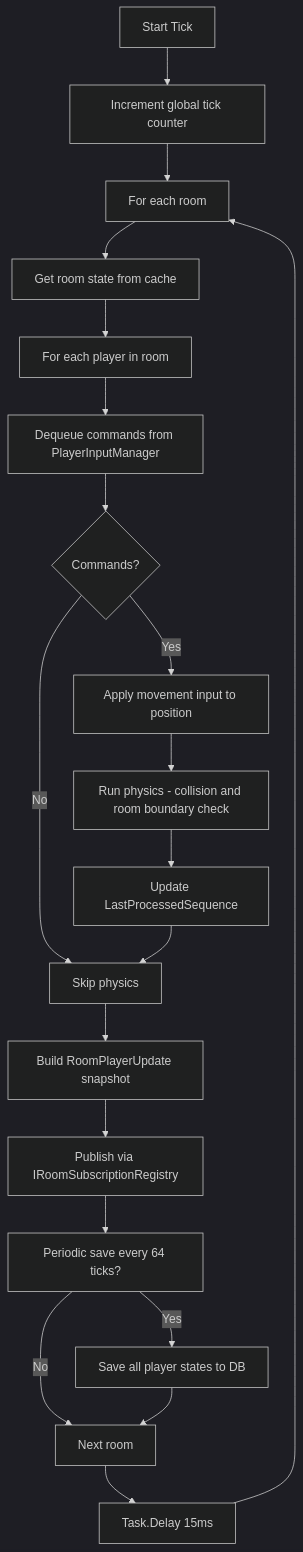
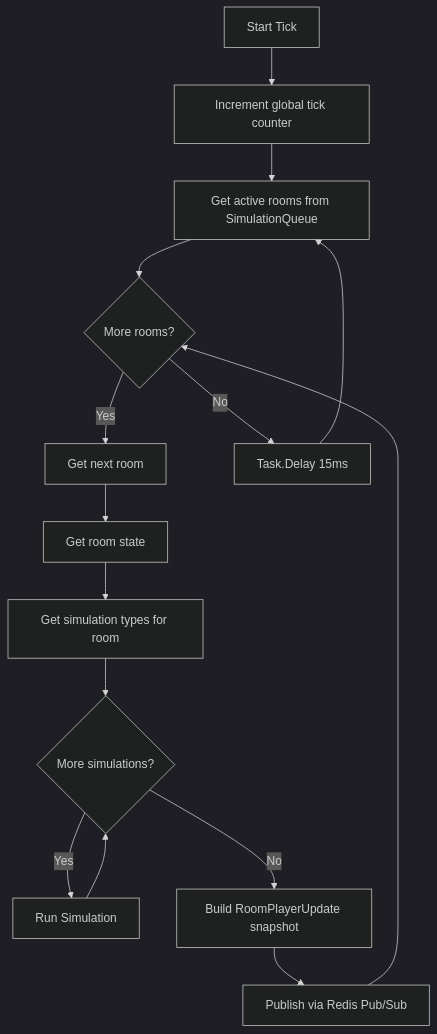
Before and after one commit to mattlau1/DungeonGame: the third of 3 diagrams in DungeonServer/docs/tick-system-architecture.md, drawn with Mermaid (dark theme). The commit also changed other lines of this file, not shown here.

````diff
--- a/DungeonServer/docs/tick-system-architecture.md
+++ b/DungeonServer/docs/tick-system-architecture.md
@@ -92,22 +105,17 @@
 ```mermaid
 flowchart TD
     A[Start Tick] --> B[Increment global tick counter]
-    B --> C[For each room]
-    C --> D[Get room state from cache]
-    D --> E[For each player in room]
-    E --> F[Dequeue commands from PlayerInputManager]
-    F --> G{Commands?}
-    G -->|Yes| H[Apply movement input to position]
-    G -->|No| I[Skip physics]
-    H --> J[Run physics - collision and room boundary check]
-    J --> K[Update LastProcessedSequence]
-    K --> I
-    I --> L[Build RoomPlayerUpdate snapshot]
-    L --> M[Publish via IRoomSubscriptionRegistry]
-    M --> N[Periodic save every 64 ticks?]
-    N -->|Yes| O[Save all player states to DB]
-    N -->|No| P[Next room]
-    O --> P
-    P --> Q[Task.Delay 15ms]
-    Q --> C
+    B --> C[Get active rooms from SimulationQueue]
+    C --> D{More rooms?}
+    D -->|Yes| E[Get next room]
+    D -->|No| P[Task.Delay 15ms]
+    E --> F[Get room state]
+    F --> G[Get simulation types for room]
+    G --> H{More simulations?}
+    H -->|Yes| I[Run Simulation]
+    I --> H
+    H -->|No| J[Build RoomPlayerUpdate snapshot]
+    J --> K[Publish via Redis Pub/Sub]
+    K --> D
+    P --> C
 ```
````
